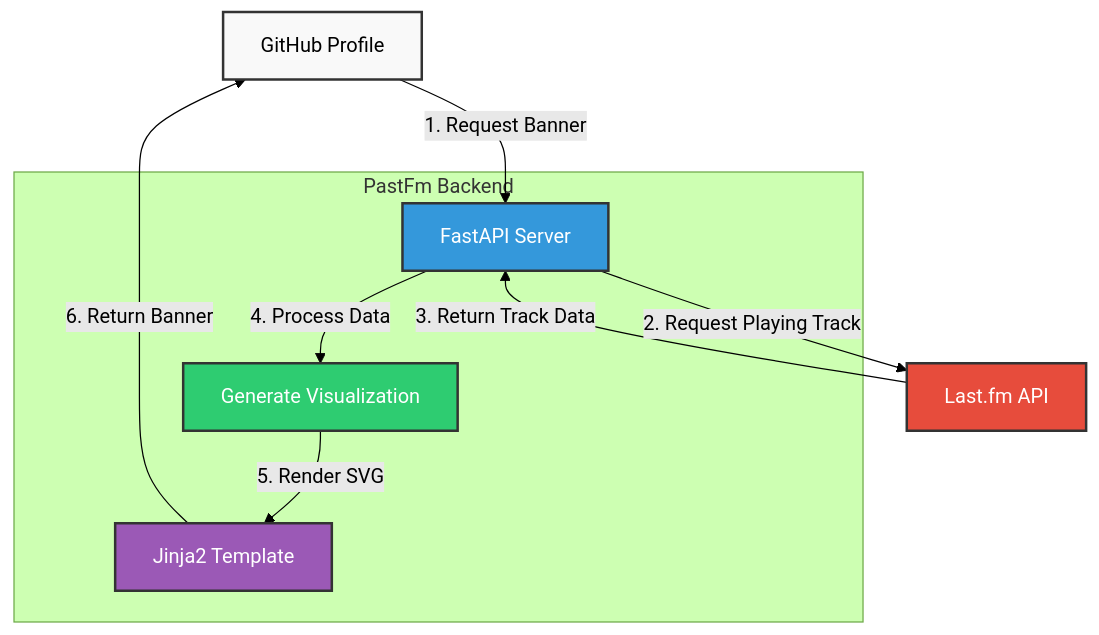
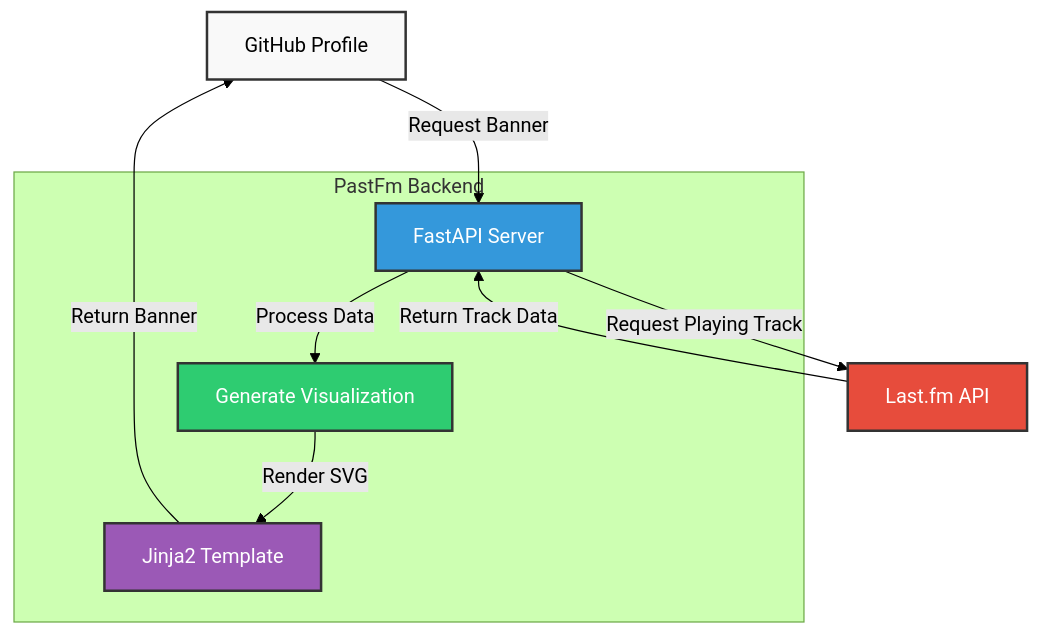
One commit to arpy8/PastFm changed the diagram in README.md. Above: the diagram before and after it, drawn with Mermaid (forest theme).

Commit message:
update flowchart

````diff
--- a/README.md
+++ b/README.md
@@ -55,21 +55,21 @@
 ```mermaid
 flowchart TD
-    A[GitHub Profile] -->|1. Request Banner| B[FastAPI Server]
-    B -->|2. Request Playing Track| C[Last.fm API]
-    C -->|3. Return Track Data| B
-    B -->|4. Process Data| D[Generate Visualization]
-    D -->|5. Render SVG| E[Jinja2 Template]
-    E -->|6. Return Banner| A
+    A[GitHub Profile] -->|Request Banner| B[FastAPI Server]
+    B -->|Request Playing Track| C[Last.fm API]
+    C -->|Return Track Data| B
+    B -->|Process Data| D[Generate Visualization]
+    D -->|Render SVG| E[Jinja2 Template]
+    E -->|Return Banner| A
 
     subgraph "PastFm Backend"
         B
         D
         E
     end
 
     style A fill:#f9f9f9,stroke:#333,stroke-width:2px
     style B fill:#3498db,stroke:#333,stroke-width:2px,color:#fff
     style C fill:#e74c3c,stroke:#333,stroke-width:2px,color:#fff
     style D fill:#2ecc71,stroke:#333,stroke-width:2px,color:#fff
     style E fill:#9b59b6,stroke:#333,stroke-width:2px,color:#fff
 ```
````
